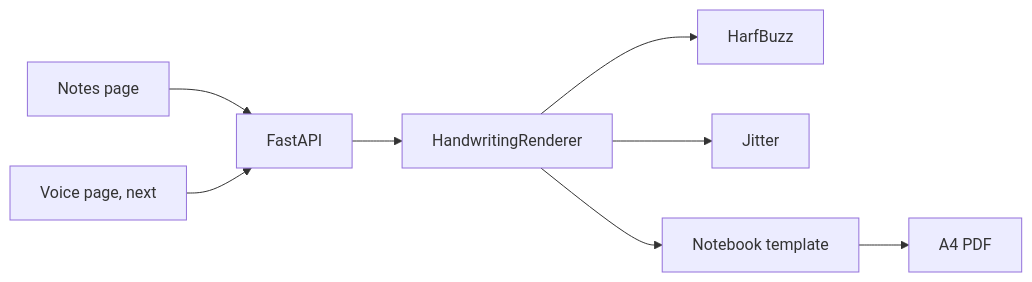
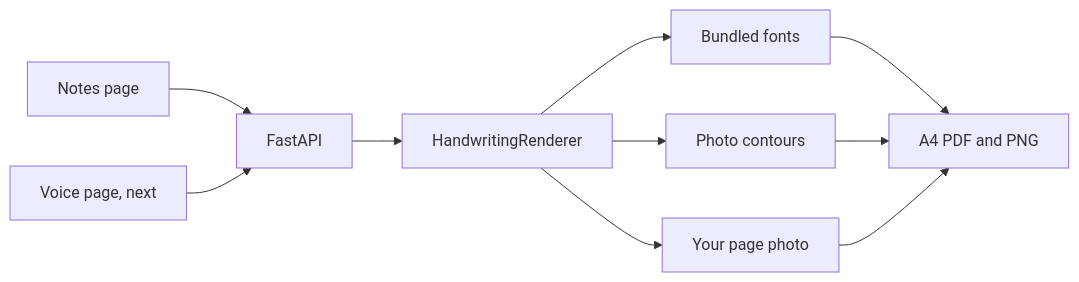
Before and after one commit to codexmaham/qalam: the diagram in README.md, drawn with Mermaid. The commit also changed other lines of this file and 38 other files, not shown here.

````diff
--- a/README.md
+++ b/README.md
@@ -123,10 +162,12 @@
 ```mermaid
 flowchart LR
   notes[Notes page] --> api[FastAPI]
   voice[Voice page, next] --> api
   api --> renderer[HandwritingRenderer]
-  renderer --> shape[HarfBuzz]
-  renderer --> jitter[Jitter]
-  renderer --> paper[Notebook template]
-  paper --> pdf[A4 PDF]
+  renderer --> fonts[Bundled fonts]
+  renderer --> clone[Photo contours]
+  renderer --> photo[Your page photo]
+  fonts --> pdf[A4 PDF and PNG]
+  clone --> pdf
+  photo --> pdf
 ```
````
